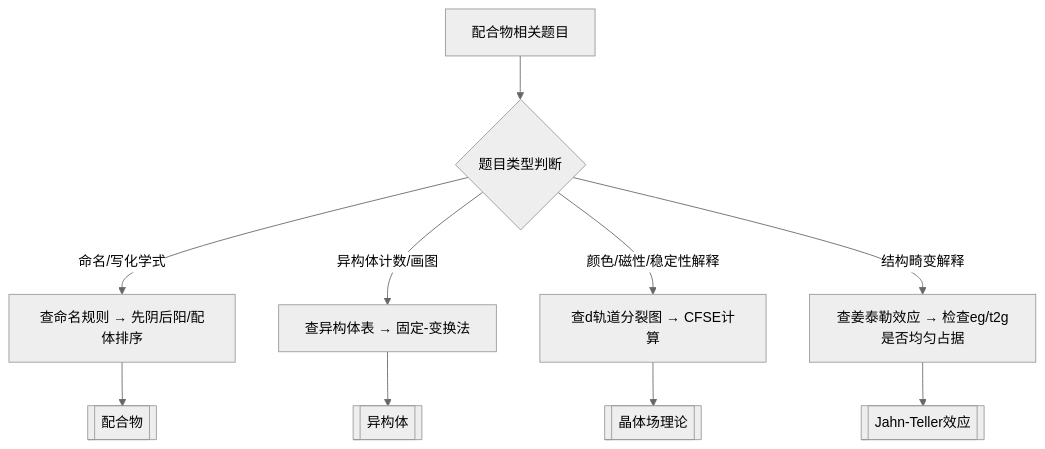
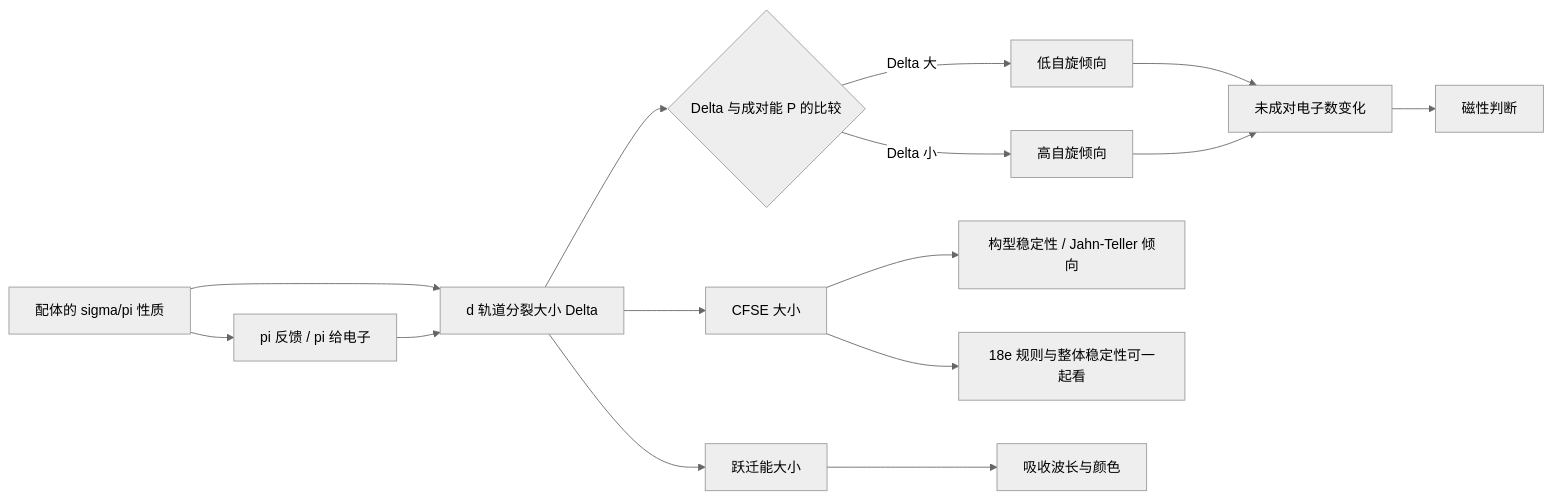
Before and after one commit to SunRt233/nation: the second of 2 diagrams in 04-专题与题型/专题/专题-配位化学.md, drawn with Mermaid (neutral theme). The commit also changed other lines of this file and 16967 other files, not shown here.

````diff
--- a/04-专题与题型/专题/专题-配位化学.md
+++ b/04-专题与题型/专题/专题-配位化学.md
@@ -41,12 +353,17 @@
 ```mermaid
-flowchart TD
-  A[配合物相关题目] --> B{题目类型判断}
-  B -->|命名/写化学式| C[查命名规则 → 先阴后阳/配体排序]
-  B -->|异构体计数/画图| D[查异构体表 → 固定-变换法]
-  B -->|颜色/磁性/稳定性解释| E[查d轨道分裂图 → CFSE计算]
-  B -->|结构畸变解释| F[查姜泰勒效应 → 检查eg/t2g是否均匀占据]
-  C --> G[[配合物]]
-  D --> H[[异构体]]
-  E --> I[[晶体场理论]]
-  F --> J[[Jahn-Teller效应]]
+flowchart LR
+    A["配体的 sigma/pi 性质"] --> B["d 轨道分裂大小 Delta"]
+    B --> C{"Delta 与成对能 P 的比较"}
+    C -->|Delta 大| D["低自旋倾向"]
+    C -->|Delta 小| E["高自旋倾向"]
+    D --> F["未成对电子数变化"]
+    E --> F
+    F --> G["磁性判断"]
+    B --> H["CFSE 大小"]
+    H --> I["构型稳定性 / Jahn-Teller 倾向"]
+    B --> J["跃迁能大小"]
+    J --> K["吸收波长与颜色"]
+    A --> L["pi 反馈 / pi 给电子"]
+    L --> B
+H --> M["18e 规则与整体稳定性可一起看"]
 ```
````
